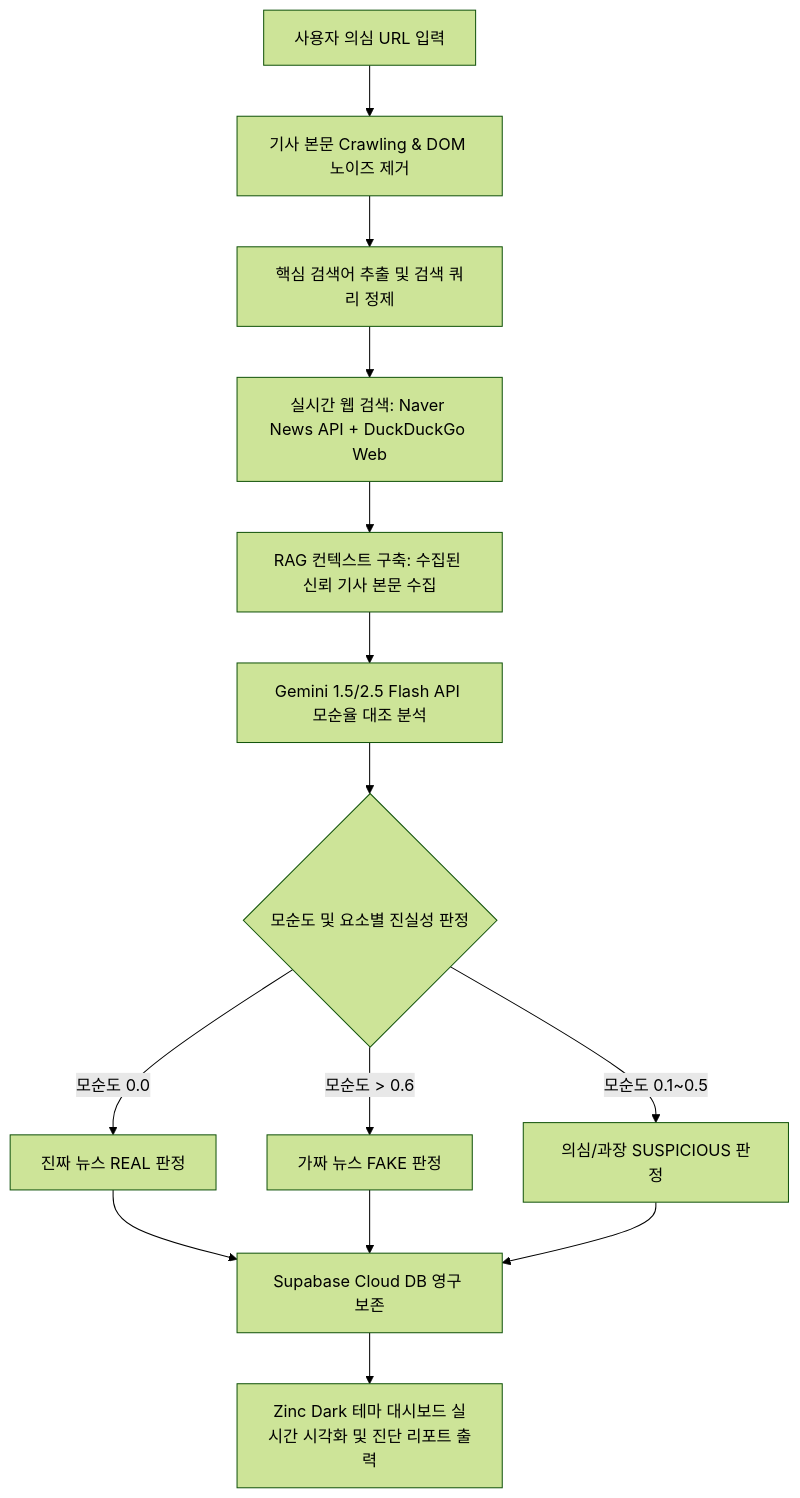
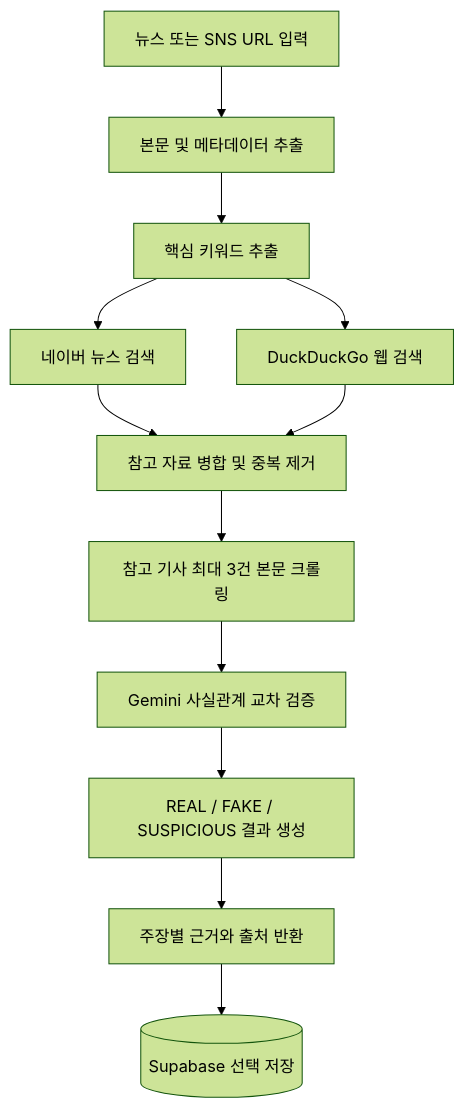
Before and after one commit to woosh0901-sys/fakenews: the diagram in README.md, drawn with Mermaid (forest theme). The commit also changed other lines of this file, not shown here.

````diff
--- a/README.md
+++ b/README.md
@@ -27,14 +22,14 @@
 ```mermaid
-graph TD
-    A[사용자 의심 URL 입력] --> B[기사 본문 Crawling & DOM 노이즈 제거]
-    B --> E[핵심 검색어 추출 및 검색 쿼리 정제]
-    E --> F[실시간 웹 검색: Naver News API + DuckDuckGo Web]
-    F --> G[RAG 컨텍스트 구축: 수집된 신뢰 기사 본문 수집]
-    G --> H[Gemini 1.5/2.5 Flash API 모순율 대조 분석]
-    H --> I{모순도 및 요소별 진실성 판정}
-    I -->|모순도 0.0| J[진짜 뉴스 REAL 판정]
-    I -->|모순도 > 0.6| K[가짜 뉴스 FAKE 판정]
-    I -->|모순도 0.1~0.5| L[의심/과장 SUSPICIOUS 판정]
-    J & K & L --> M[Supabase Cloud DB 영구 보존]
-    M --> N[Zinc Dark 테마 대시보드 실시간 시각화 및 진단 리포트 출력]
+flowchart TD
+    A[뉴스 또는 SNS URL 입력] --> B[본문 및 메타데이터 추출]
+    B --> C[핵심 키워드 추출]
+    C --> D[네이버 뉴스 검색]
+    C --> E[DuckDuckGo 웹 검색]
+    D --> F[참고 자료 병합 및 중복 제거]
+    E --> F
+    F --> G[참고 기사 최대 3건 본문 크롤링]
+    G --> H[Gemini 사실관계 교차 검증]
+    H --> I[REAL / FAKE / SUSPICIOUS 결과 생성]
+    I --> J[주장별 근거와 출처 반환]
+    J --> K[(Supabase 선택 저장)]
 ```
````
